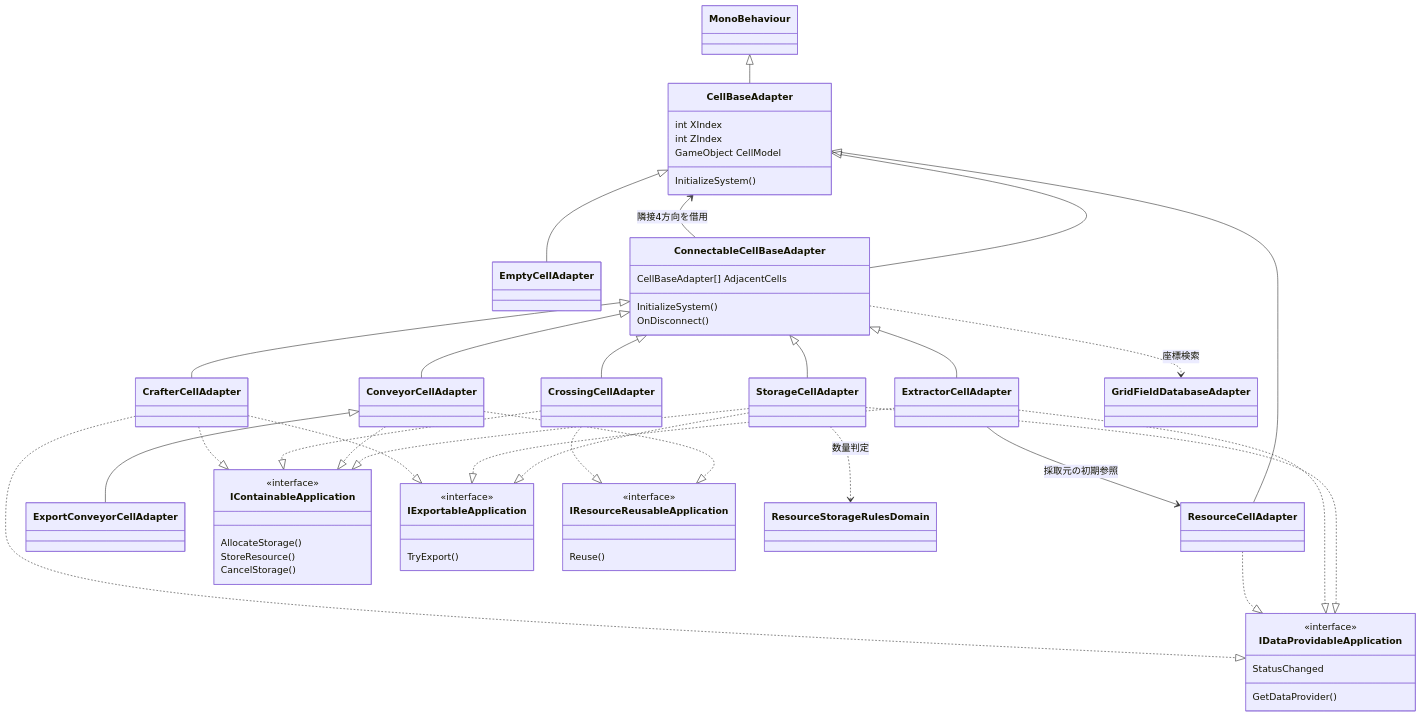
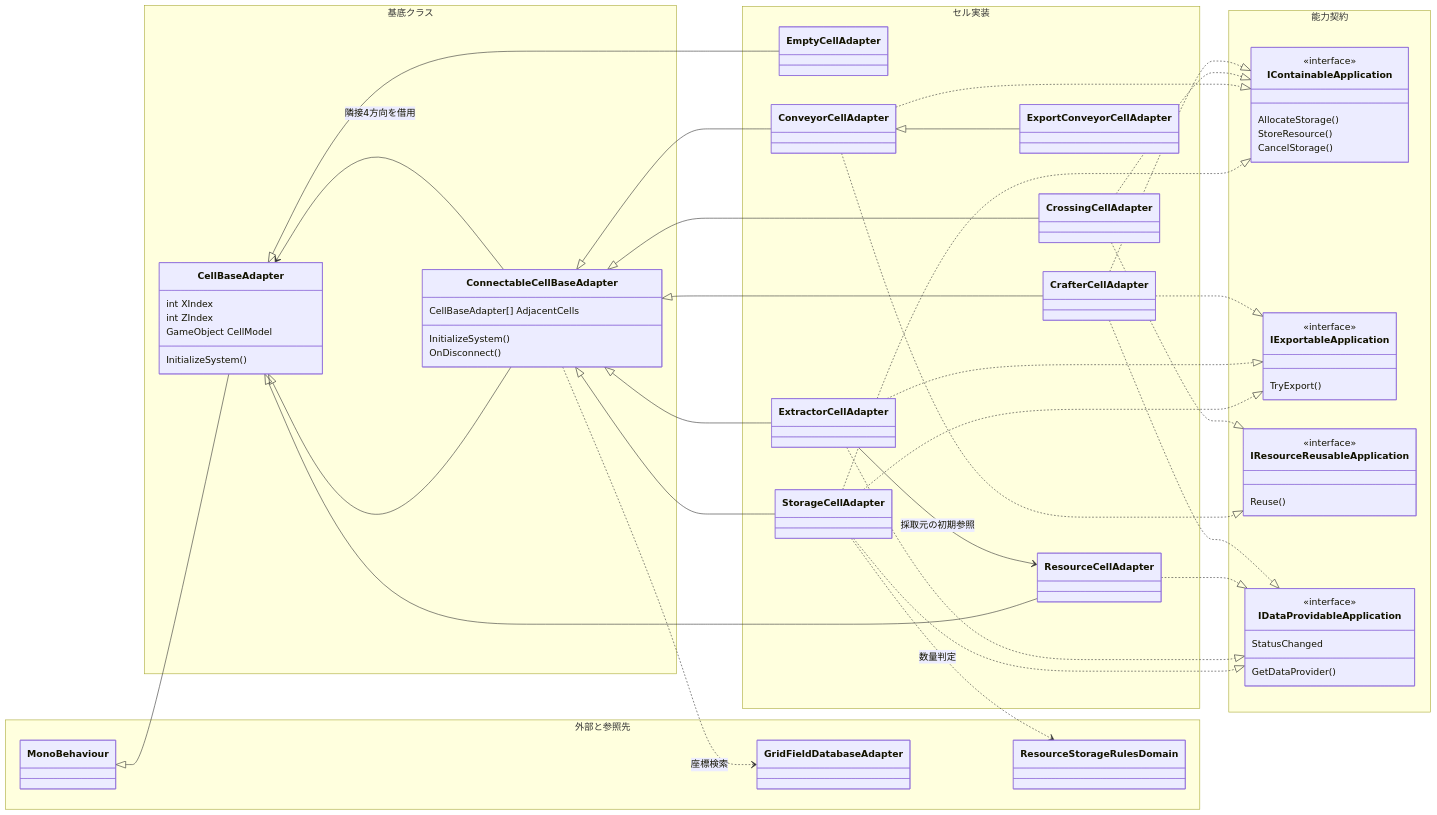
One commit to AoiTomiyama/FactoryGame changed the first of 2 diagrams in docs/design/architecture-cells-grid.md. Above: the diagram before and after it, drawn with Mermaid. The commit also changed other lines of this file and 3 other files, not shown here.

Commit message:
[docs] 全体構成図とセル図を役割別配色と囲みに移行

````diff
--- a/docs/design/architecture-cells-grid.md
+++ b/docs/design/architecture-cells-grid.md
@@ -10,15 +12,7 @@
 ```mermaid
 classDiagram
- MonoBehaviour <|-- CellBaseAdapter
- CellBaseAdapter <|-- EmptyCellAdapter
- CellBaseAdapter <|-- ResourceCellAdapter
- CellBaseAdapter <|-- ConnectableCellBaseAdapter
- ConnectableCellBaseAdapter <|-- StorageCellAdapter
- ConnectableCellBaseAdapter <|-- ExtractorCellAdapter
- ConnectableCellBaseAdapter <|-- ConveyorCellAdapter
- ConveyorCellAdapter <|-- ExportConveyorCellAdapter
- ConnectableCellBaseAdapter <|-- CrossingCellAdapter
- ConnectableCellBaseAdapter <|-- CrafterCellAdapter
+ direction LR
+ namespace 基底クラス {
  class CellBaseAdapter {
   int XIndex
   int ZIndex
@@ -30,6 +24,18 @@
   InitializeSystem()
   OnDisconnect()
  }
+ }
+ namespace セル実装 {
+ class EmptyCellAdapter
+ class ResourceCellAdapter
+ class StorageCellAdapter
+ class ExtractorCellAdapter
+ class ConveyorCellAdapter
+ class ExportConveyorCellAdapter
+ class CrossingCellAdapter
+ class CrafterCellAdapter
+ }
+ namespace 能力契約 {
  class IContainableApplication {
   <<interface>>
   AllocateStorage()
@@ -49,6 +55,28 @@
   GetDataProvider()
   StatusChanged
  }
+ }
+ namespace 外部と参照先 {
+ class MonoBehaviour
+ class GridFieldDatabaseAdapter
+ class ResourceStorageRulesDomain
+ }
+MonoBehaviour <|-- CellBaseAdapter
+ CellBaseAdapter <|-- EmptyCellAdapter
+ CellBaseAdapter <|-- ResourceCellAdapter
+ CellBaseAdapter <|-- ConnectableCellBaseAdapter
+ ConnectableCellBaseAdapter <|-- StorageCellAdapter
+ ConnectableCellBaseAdapter <|-- ExtractorCellAdapter
+ ConnectableCellBaseAdapter <|-- ConveyorCellAdapter
+ ConveyorCellAdapter <|-- ExportConveyorCellAdapter
+ ConnectableCellBaseAdapter <|-- CrossingCellAdapter
+ ConnectableCellBaseAdapter <|-- CrafterCellAdapter
+
+
+
+
+
+
  StorageCellAdapter ..|> IContainableApplication
  StorageCellAdapter ..|> IExportableApplication
  StorageCellAdapter ..|> IDataProvidableApplication
````
